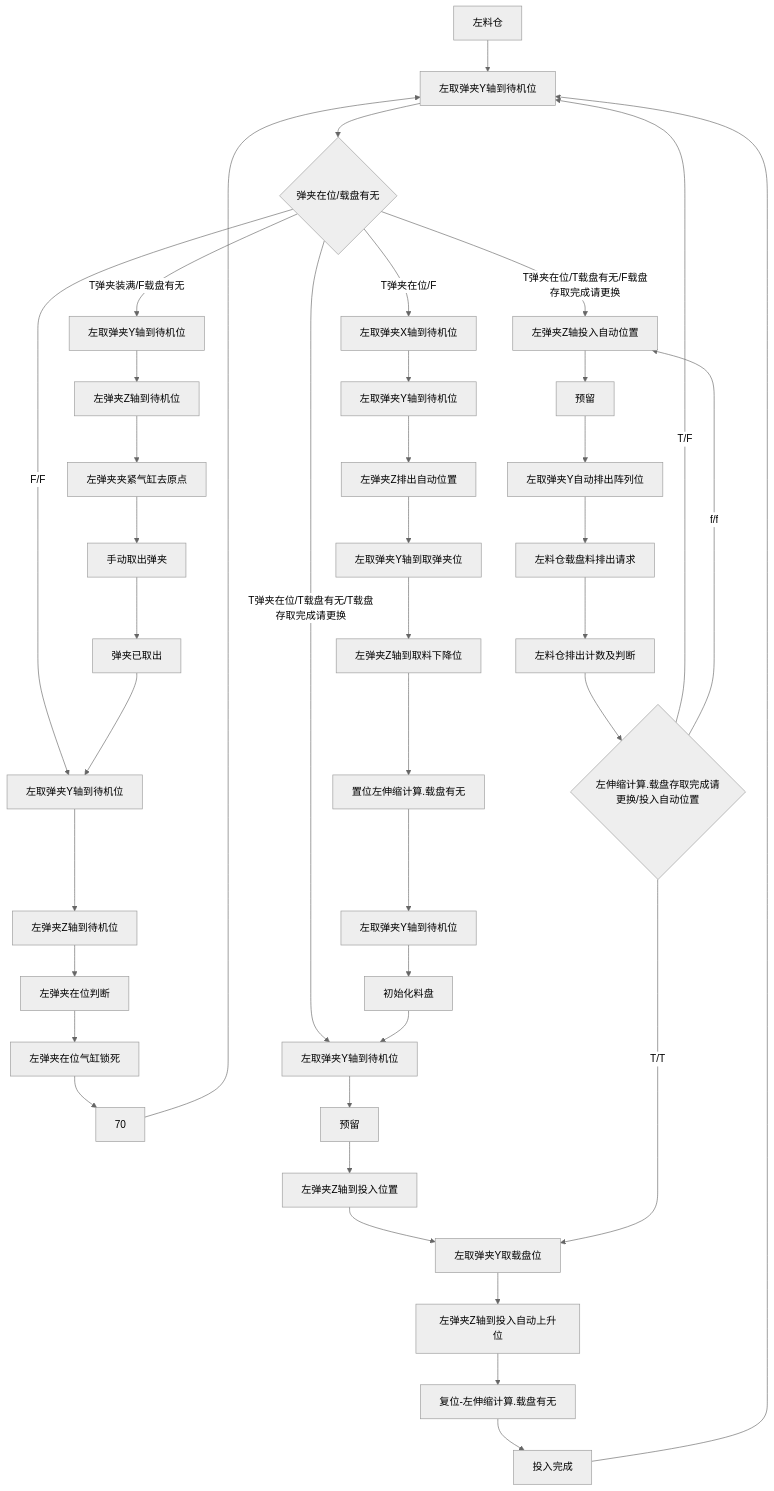
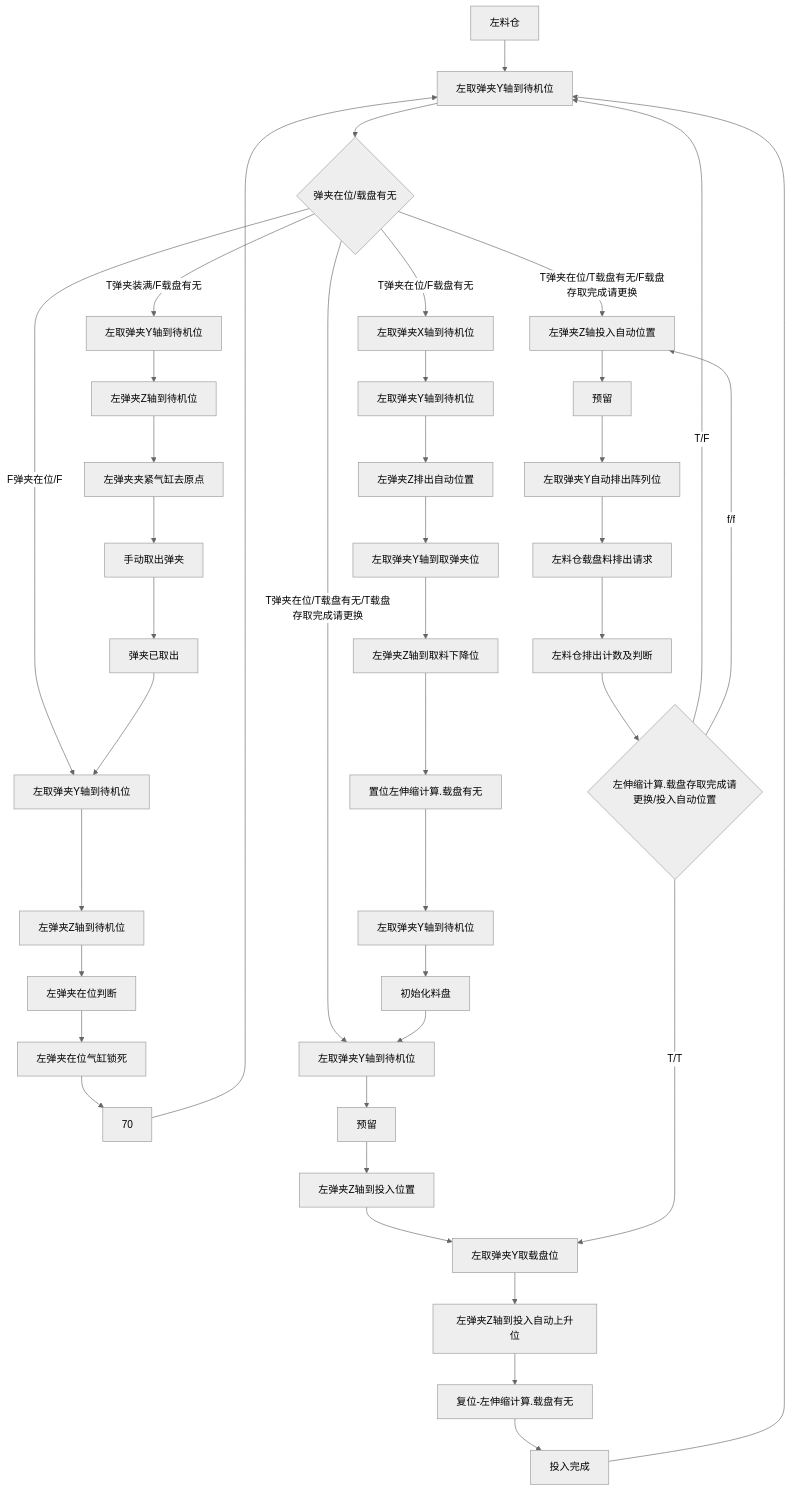
The diagram in all/VR-OP90左料仓.md (zmq000/iodraw-files), drawn with Mermaid (neutral theme) before and after one commit.

Commit message:
2026-06-18 10:29:02 update

````diff
--- a/all/VR-OP90左料仓.md
+++ b/all/VR-OP90左料仓.md
@@ -1,45 +1,45 @@
 ```mermaid
 graph TD
 0[左料仓]-->10
 10[左取弹夹Y轴到待机位]-->20
-20{弹夹在位/载盘有无}-->|F/F|30
-20-->|T弹夹在位/F|100
+20{弹夹在位/载盘有无}-->|F弹夹在位/F|30
+20-->|T弹夹在位/F载盘有无|100
 20-->|T弹夹在位/T载盘有无/F载盘存取完成请更换|400
 20-->|T弹夹在位/T载盘有无/T载盘存取完成请更换|200
 20-->|T弹夹装满/F载盘有无|300
 30[左取弹夹Y轴到待机位]-->40
 40[左弹夹Z轴到待机位]-->50
 50[左弹夹在位判断]-->60
 60[左弹夹在位气缸锁死]-->70
 70-->10
 100[左取弹夹X轴到待机位]-->110
 110[左取弹夹Y轴到待机位]-->120
 120[左弹夹Z排出自动位置]-->130
 130[左取弹夹Y轴到取弹夹位]-->140
 140[左弹夹Z轴到取料下降位]-->150
 150[置位左伸缩计算.载盘有无]-->160
 160[左取弹夹Y轴到待机位]-->170
 170[初始化料盘]-->200
 200[左取弹夹Y轴到待机位]-->210
 210[预留]-->220
 220[左弹夹Z轴到投入位置]-->230
 230[左取弹夹Y取载盘位]-->240
 240[左弹夹Z轴到投入自动上升位]-->250
 250[复位-左伸缩计算.载盘有无]-->260
 260[投入完成]-->10
 300[左取弹夹Y轴到待机位]-->310
 310[左弹夹Z轴到待机位]-->320
 320[左弹夹夹紧气缸去原点]-->330
 330[手动取出弹夹]-->340
 340[弹夹已取出]-->30
 400[左弹夹Z轴投入自动位置]-->410
 410[预留]-->420
 420[左取弹夹Y自动排出阵列位]-->430
 430[左料仓载盘料排出请求]-->440
 440[左料仓排出计数及判断]-->450
 450{左伸缩计算.载盘存取完成请更换/投入自动位置}-->|T/F|10
 450-->|T/T|230
 450-->|f/f|400
 
 
 ```
````
